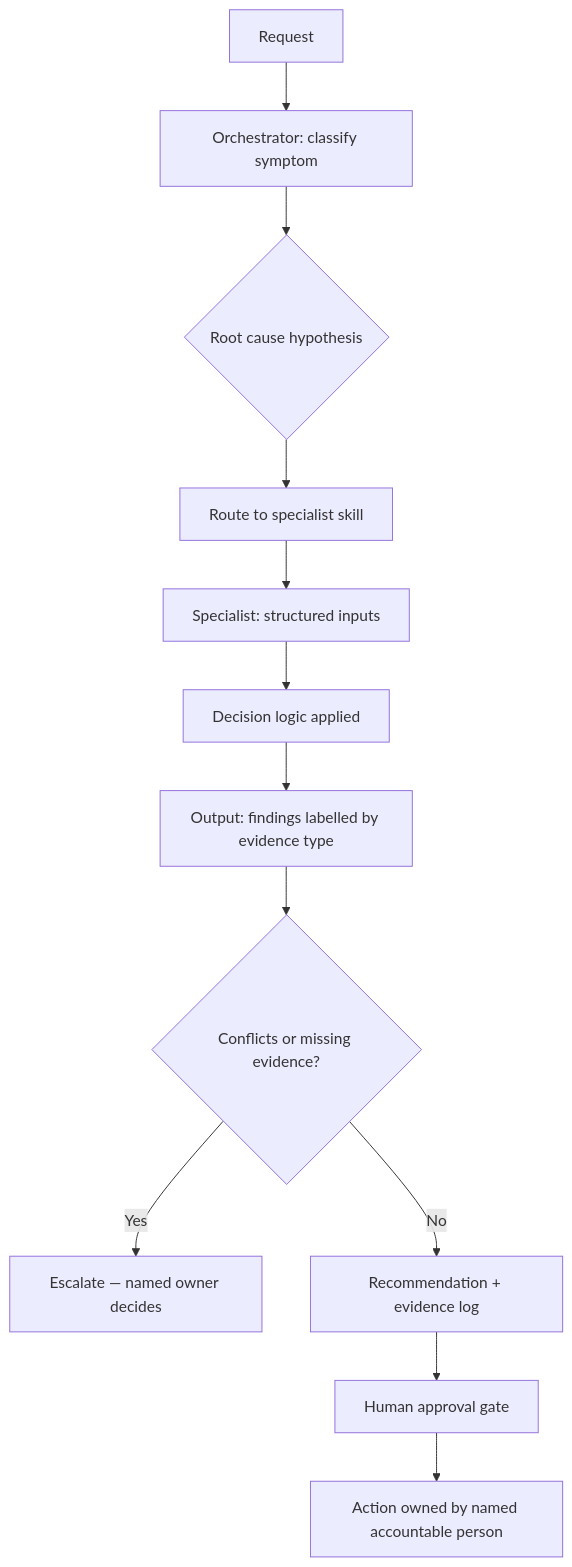
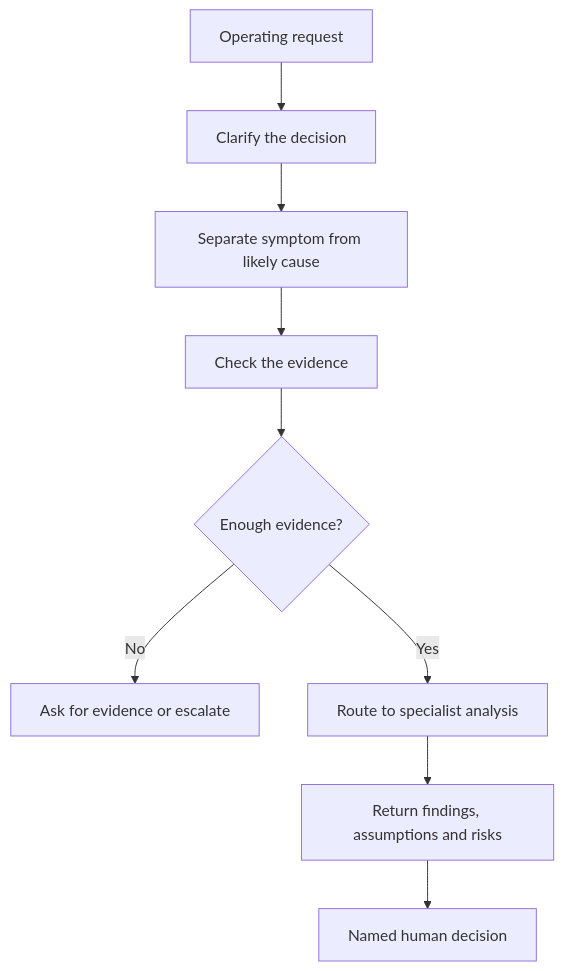
Before and after one commit to christopher-swarup-labs/portfolio-index: the diagram in skills/README.md, drawn with Mermaid. The commit also changed other lines of this file, not shown here.

Commit message:
Rewrite skills library in direct first-person voice

````diff
--- a/skills/README.md
+++ b/skills/README.md
@@ -28,14 +30,11 @@
 ```mermaid
 flowchart TD
-    A[Request] --> B[Orchestrator: classify symptom]
-    B --> C{Root cause hypothesis}
-    C --> D[Route to specialist skill]
-    D --> E[Specialist: structured inputs]
-    E --> F[Decision logic applied]
-    F --> G[Output: findings labelled by evidence type]
-    G --> H{Conflicts or missing evidence?}
-    H -->|Yes| I[Escalate — named owner decides]
-    H -->|No| J[Recommendation + evidence log]
-    J --> K[Human approval gate]
-    K --> L[Action owned by named accountable person]
+    A[Operating request] --> B[Clarify the decision]
+    B --> C[Separate symptom from likely cause]
+    C --> D[Check the evidence]
+    D --> E{Enough evidence?}
+    E -->|No| F[Ask for evidence or escalate]
+    E -->|Yes| G[Route to specialist analysis]
+    G --> H[Return findings, assumptions and risks]
+    H --> I[Named human decision]
 ```
````
